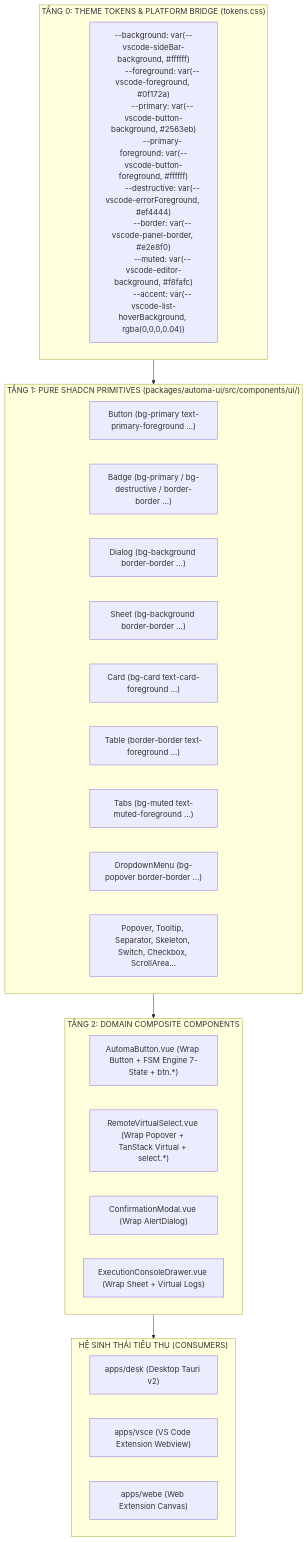
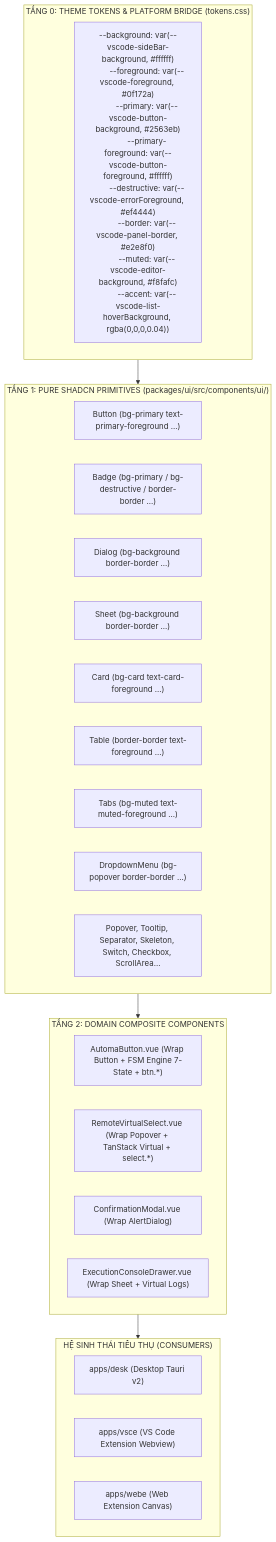
The first of 2 diagrams in docs/srs/SRS_HORIZONTAL_UI_COMPONENTS.md (tuquet/automa), drawn with Mermaid before and after one commit. The commit also changed other lines of this file and 110 other files, not shown here.

Commit message:
refactor(packages): rename automa-types and automa-ui directories to types and ui

````diff
--- a/docs/srs/SRS_HORIZONTAL_UI_COMPONENTS.md
+++ b/docs/srs/SRS_HORIZONTAL_UI_COMPONENTS.md
@@ -9,40 +9,40 @@
 ```mermaid
 flowchart TD
     subgraph Layer0 ["TẦNG 0: THEME TOKENS & PLATFORM BRIDGE (tokens.css)"]
         Tokens["--background: var(--vscode-sideBar-background, #ffffff)
         --foreground: var(--vscode-foreground, #0f172a)
         --primary: var(--vscode-button-background, #2563eb)
         --primary-foreground: var(--vscode-button-foreground, #ffffff)
         --destructive: var(--vscode-errorForeground, #ef4444)
         --border: var(--vscode-panel-border, #e2e8f0)
         --muted: var(--vscode-editor-background, #f8fafc)
         --accent: var(--vscode-list-hoverBackground, rgba(0,0,0,0.04))"]
     end
 
-    subgraph Layer1 ["TẦNG 1: PURE SHADCN PRIMITIVES (packages/automa-ui/src/components/ui/)"]
+    subgraph Layer1 ["TẦNG 1: PURE SHADCN PRIMITIVES (packages/ui/src/components/ui/)"]
         Button["Button (bg-primary text-primary-foreground ...)"]
         Badge["Badge (bg-primary / bg-destructive / border-border ...)"]
         Dialog["Dialog (bg-background border-border ...)"]
         Sheet["Sheet (bg-background border-border ...)"]
         Card["Card (bg-card text-card-foreground ...)"]
         Table["Table (border-border text-foreground ...)"]
         Tabs["Tabs (bg-muted text-muted-foreground ...)"]
         Dropdown["DropdownMenu (bg-popover border-border ...)"]
         OtherUI["Popover, Tooltip, Separator, Skeleton, Switch, Checkbox, ScrollArea..."]
     end
 
     subgraph Layer2 ["TẦNG 2: DOMAIN COMPOSITE COMPONENTS"]
         AutomaBtn["AutomaButton.vue (Wrap Button + FSM Engine 7-State + btn.*)"]
         RemoteSelect["RemoteVirtualSelect.vue (Wrap Popover + TanStack Virtual + select.*)"]
         ConfirmModal["ConfirmationModal.vue (Wrap AlertDialog)"]
         ConsoleDrawer["ExecutionConsoleDrawer.vue (Wrap Sheet + Virtual Logs)"]
     end
 
     subgraph Consumers ["HỆ SINH THÁI TIÊU THỤ (CONSUMERS)"]
         Desk["apps/desk (Desktop Tauri v2)"]
         VSCE["apps/vsce (VS Code Extension Webview)"]
         WebE["apps/webe (Web Extension Canvas)"]
     end
 
     Layer0 --> Layer1 --> Layer2 --> Consumers
 ```
````
